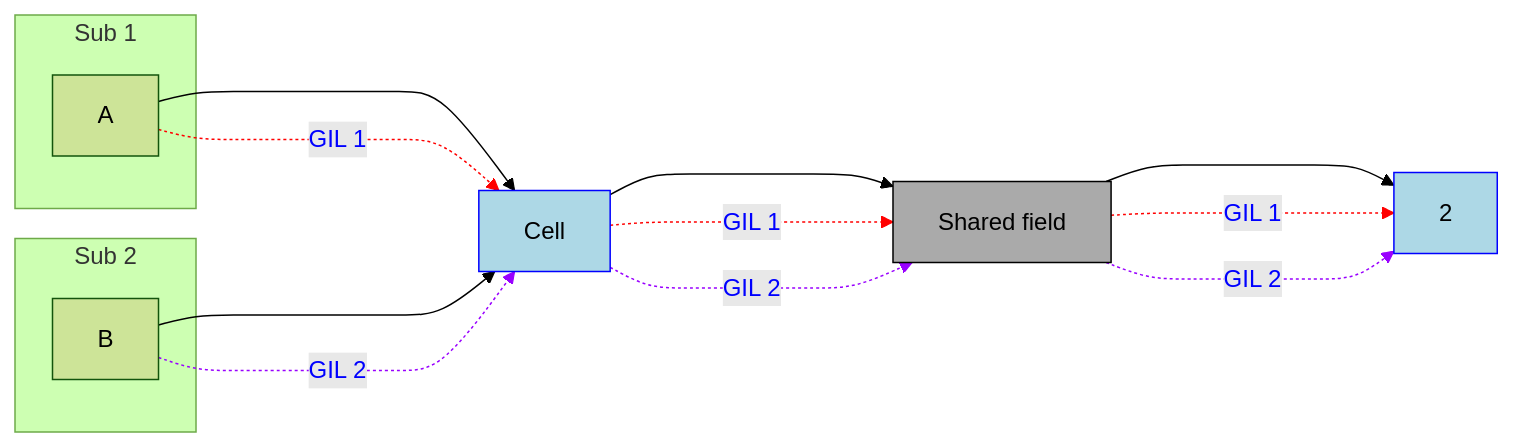
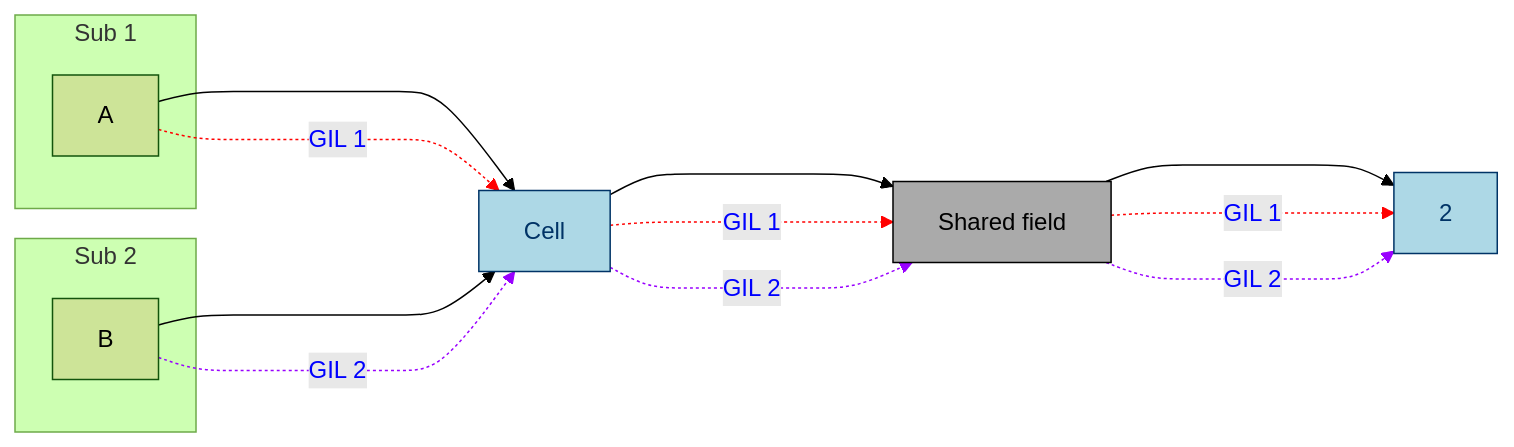
The eighth of 10 diagrams in pep795.md (TobiasWrigstad/peps), drawn with Mermaid (forest theme) before and after one commit. The commit also changed other lines of this file, not shown here.

````diff
--- a/pep795.md
+++ b/pep795.md
@@ -501,30 +803,30 @@
 ```mermaid
 graph LR
   subgraph Sub 1
     A[A]
   end
 
   subgraph Sub 2
     B[B]
   end
 
   C[Cell]:::imm
   D[Shared field]:::fake_imm
   E[2]:::imm
 
   A ----> C
   B ----> C
   C ----> D
   D ----> E
   A -. GIL 1 .-> C
   C -. GIL 1 .-> D
   D -. GIL 1 .-> E
   B -. GIL 2 .-> C
   C -. GIL 2 .-> D
   D -. GIL 2 .-> E
 
-  classDef imm fill:#ADD8E6,stroke:#00f,stroke-width:1px;
+  classDef imm fill:#ADD8E6,stroke:#003366,stroke-width:1px,color:#003366;
   classDef fake_imm fill:#aaa,stroke:#000,stroke-width:1px;
   linkStyle 4,5,6 stroke:#f00,stroke-width:1px,color:blue;
   linkStyle 7,8,9 stroke:#90f,stroke-width:1px,color:blue;
 ```
````
